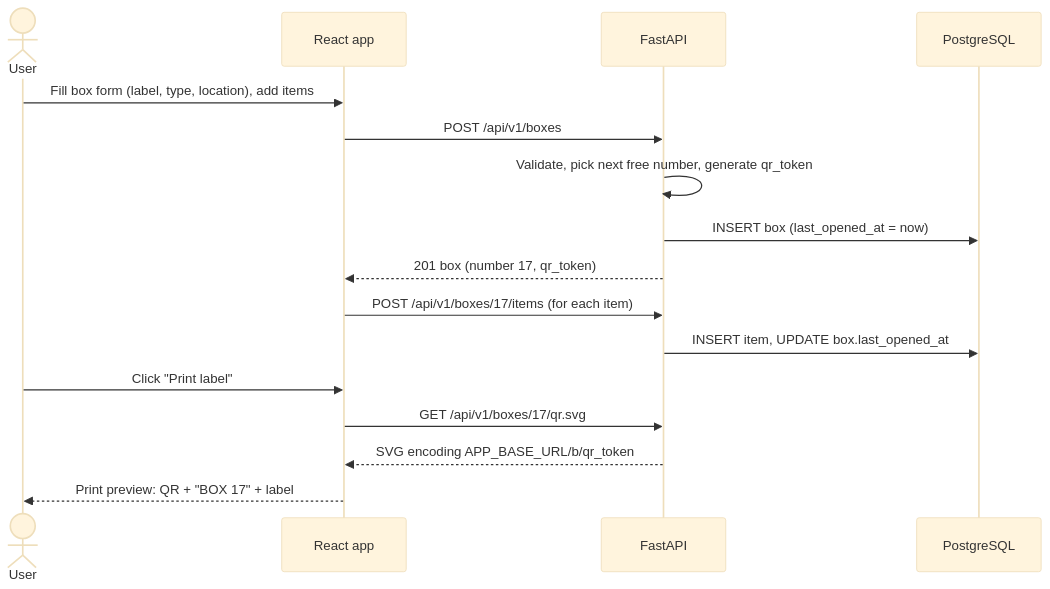
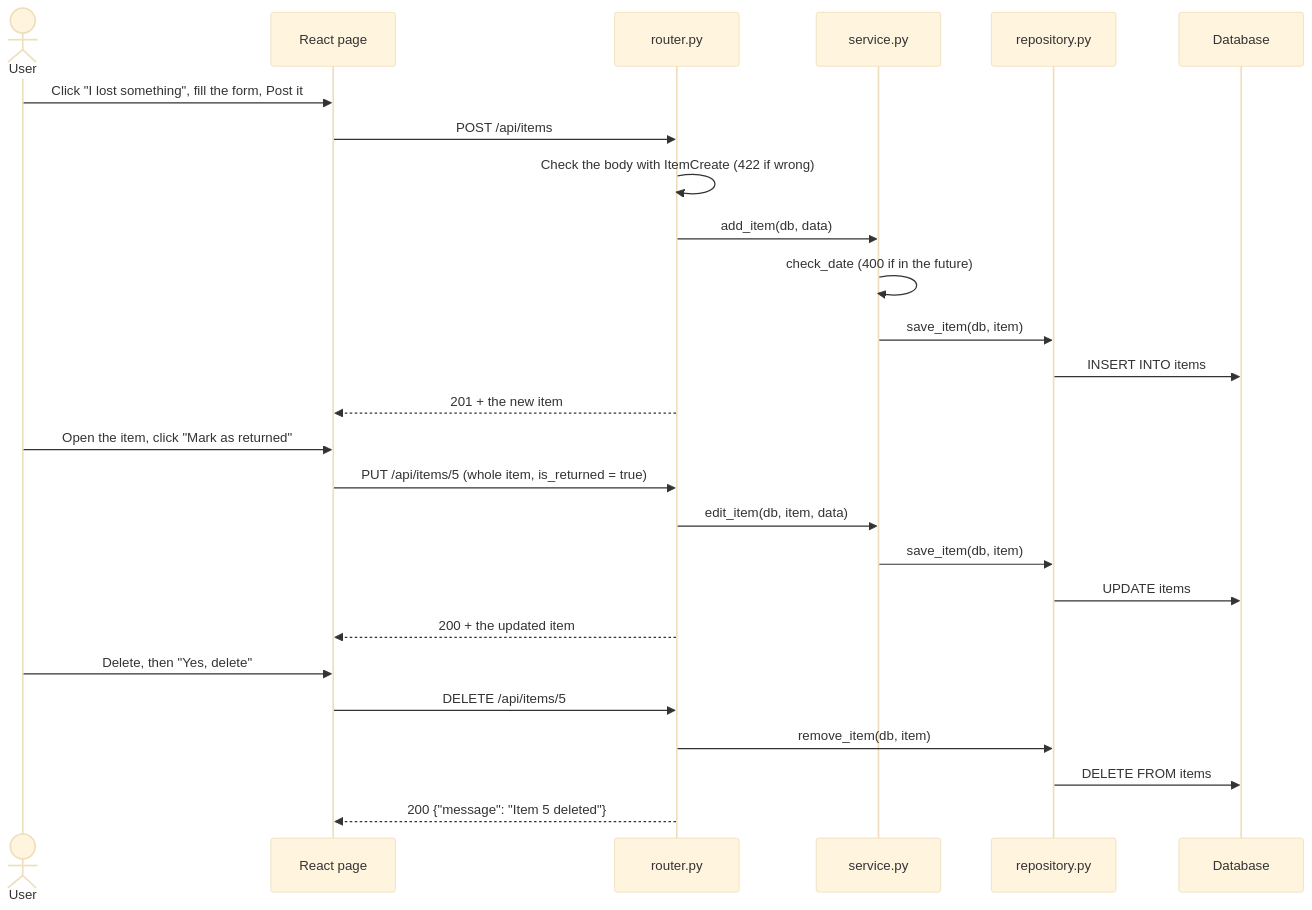
Before and after one commit to zarints05/2311933-S5-BoxBrain: the second of 6 diagrams in docs/03-tdd.md, drawn with Mermaid (base theme). The commit also changed other lines of this file and 38 other files, not shown here.

````diff
--- a/docs/03-tdd.md
+++ b/docs/03-tdd.md
@@ -109,18 +60,28 @@
 ```mermaid
 sequenceDiagram
     actor U as User
-    participant UI as React app
-    participant API as FastAPI
-    participant DB as PostgreSQL
-    U->>UI: Fill box form (label, type, location), add items
-    UI->>API: POST /api/v1/boxes
-    API->>API: Validate, pick next free number, generate qr_token
-    API->>DB: INSERT box (last_opened_at = now)
-    API-->>UI: 201 box (number 17, qr_token)
-    UI->>API: POST /api/v1/boxes/17/items (for each item)
-    API->>DB: INSERT item, UPDATE box.last_opened_at
-    U->>UI: Click "Print label"
-    UI->>API: GET /api/v1/boxes/17/qr.svg
-    API-->>UI: SVG encoding APP_BASE_URL/b/qr_token
-    UI-->>U: Print preview: QR + "BOX 17" + label
+    participant UI as React page
+    participant API as router.py
+    participant S as service.py
+    participant R as repository.py
+    participant DB as Database
+    U->>UI: Click "I lost something", fill the form, Post it
+    UI->>API: POST /api/items
+    API->>API: Check the body with ItemCreate (422 if wrong)
+    API->>S: add_item(db, data)
+    S->>S: check_date (400 if in the future)
+    S->>R: save_item(db, item)
+    R->>DB: INSERT INTO items
+    API-->>UI: 201 + the new item
+    U->>UI: Open the item, click "Mark as returned"
+    UI->>API: PUT /api/items/5 (whole item, is_returned = true)
+    API->>S: edit_item(db, item, data)
+    S->>R: save_item(db, item)
+    R->>DB: UPDATE items
+    API-->>UI: 200 + the updated item
+    U->>UI: Delete, then "Yes, delete"
+    UI->>API: DELETE /api/items/5
+    API->>R: remove_item(db, item)
+    R->>DB: DELETE FROM items
+    API-->>UI: 200 {"message": "Item 5 deleted"}
 ```
````
